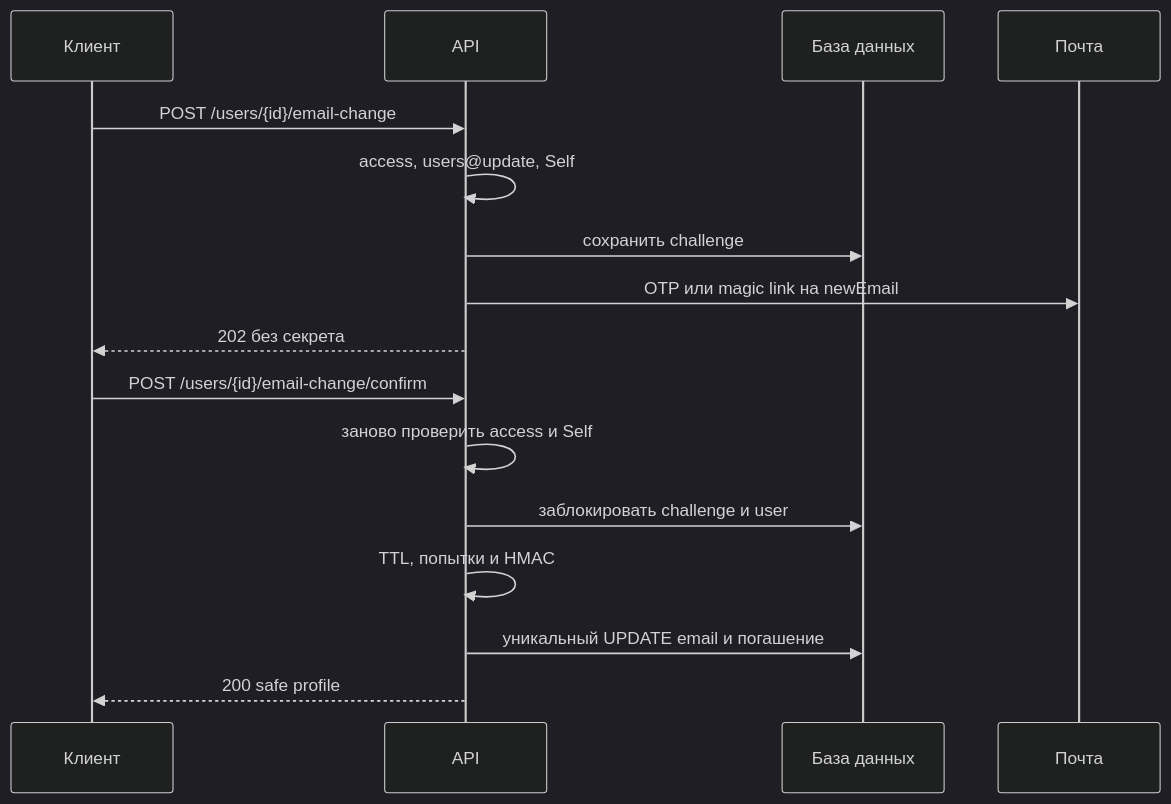
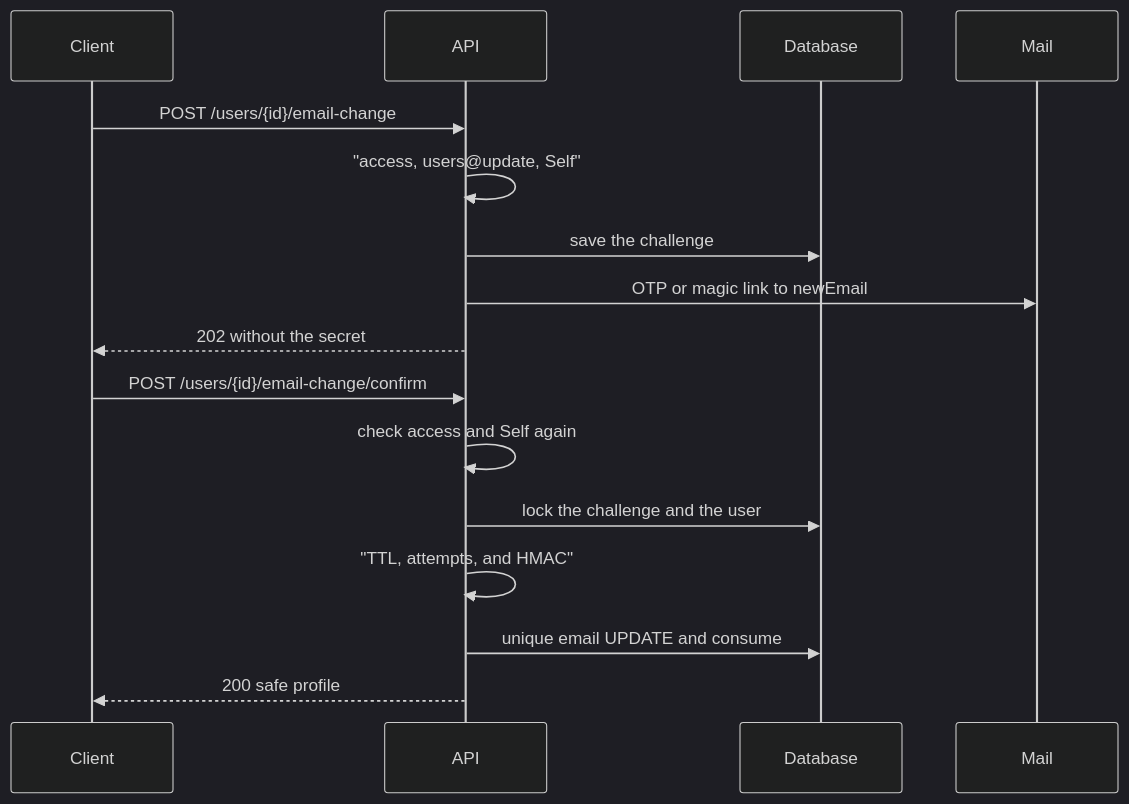
The second of 4 diagrams in courses-content/backend/A/1/en/3.1.5 Изменение данных пользователя.md (pavel-skripko-innowise/inno-fe-be-a1), drawn with Mermaid (dark theme) before and after one commit. The commit also changed other lines of this file and 35 other files, not shown here.

````diff
--- a/courses-content/backend/A/1/en/3.1.5 Изменение данных пользователя.md
+++ b/courses-content/backend/A/1/en/3.1.5 Изменение данных пользователя.md
@@ -54,18 +54,18 @@
 ```mermaid
 sequenceDiagram
-  participant C as Клиент
+  participant C as Client
   participant A as API
-  participant D as База данных
-  participant M as Почта
+  participant D as Database
+  participant M as Mail
   C->>A: POST /users/{id}/email-change
-  A->>A: access, users@update, Self
-  A->>D: сохранить challenge
-  A->>M: OTP или magic link на newEmail
-  A-->>C: 202 без секрета
+  A->>A: "access, users@update, Self"
+  A->>D: save the challenge
+  A->>M: OTP or magic link to newEmail
+  A-->>C: 202 without the secret
   C->>A: POST /users/{id}/email-change/confirm
-  A->>A: заново проверить access и Self
-  A->>D: заблокировать challenge и user
-  A->>A: TTL, попытки и HMAC
-  A->>D: уникальный UPDATE email и погашение
+  A->>A: check access and Self again
+  A->>D: lock the challenge and the user
+  A->>A: "TTL, attempts, and HMAC"
+  A->>D: unique email UPDATE and consume
   A-->>C: 200 safe profile
 ```
````
